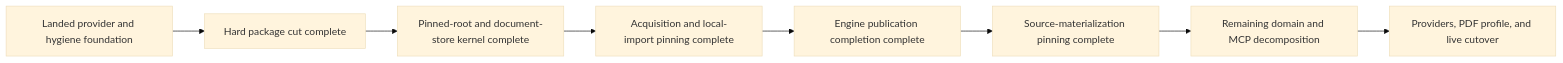
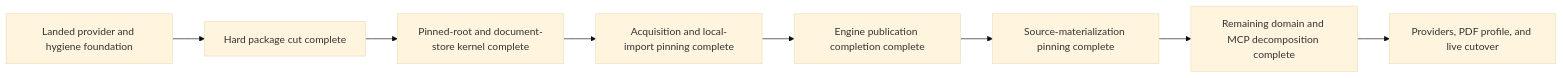
The diagram in issues/mcp-servers/discussion/sol-open-items.md (aghado01/codex-scientiae), drawn with Mermaid (base theme) before and after one commit. The commit also changed other lines of this file and 32 other files, not shown here.

````diff
--- a/issues/mcp-servers/discussion/sol-open-items.md
+++ b/issues/mcp-servers/discussion/sol-open-items.md
@@ -17,10 +17,10 @@
 ```mermaid
 flowchart LR
     A["Landed provider and hygiene foundation"] --> B["Hard package cut complete"]
     B --> C["Pinned-root and document-store kernel complete"]
     C --> D["Acquisition and local-import pinning complete"]
     D --> E["Engine publication completion complete"]
     E --> F["Source-materialization pinning complete"]
-    F --> G["Remaining domain and MCP decomposition"]
+    F --> G["Remaining domain and MCP decomposition complete"]
     G --> H["Providers, PDF profile, and live cutover"]
 ```
````
